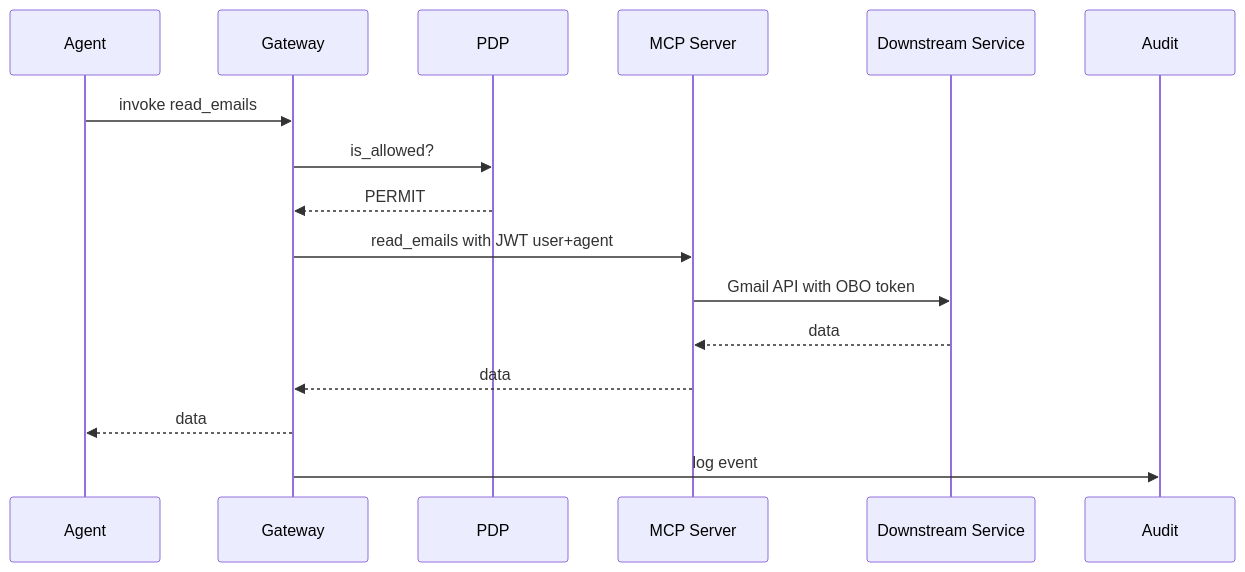
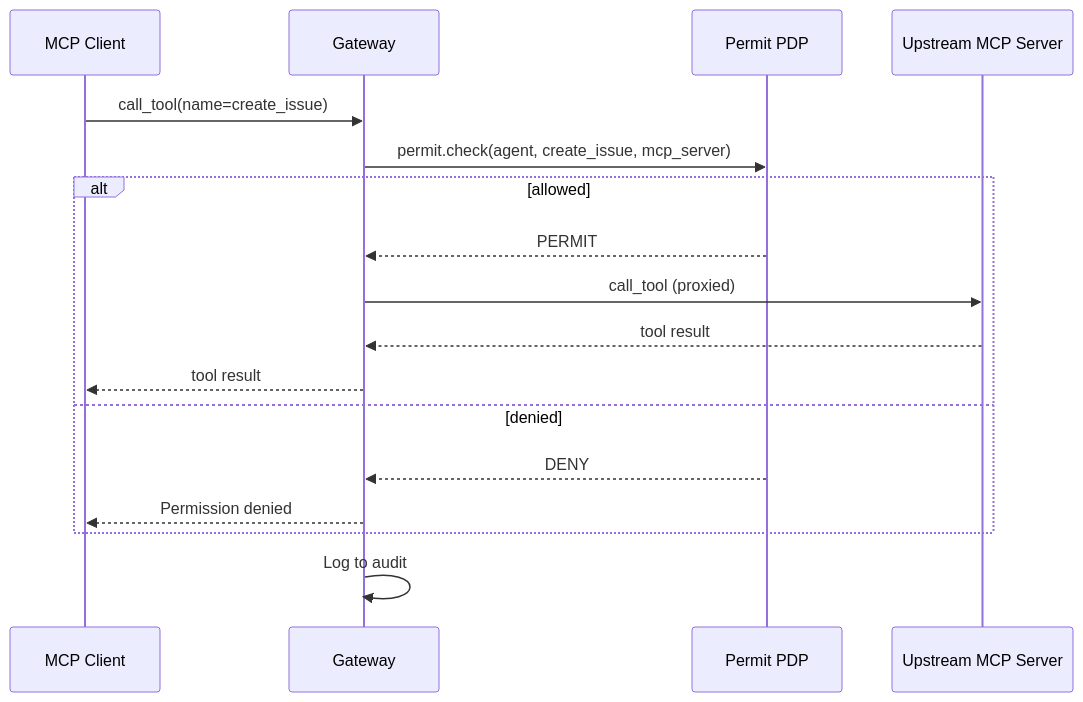
One commit to permitio/docs changed the fourth of 4 diagrams in docs/ai-security/mcp-permissions/architecture.mdx. Above: the diagram before and after it, drawn with Mermaid. The commit also changed other lines of this file and 5 other files, not shown here.

First line of the commit message:
Refactor MCP Permissions documentation to Agent Security terminology

````diff
--- a/docs/ai-security/mcp-permissions/architecture.mdx
+++ b/docs/ai-security/mcp-permissions/architecture.mdx
@@ -144,18 +146,20 @@
 ```mermaid
 sequenceDiagram
-    participant A as Agent
+    participant C as MCP Client
     participant G as Gateway
-    participant P as PDP
-    participant M as MCP Server
-    participant S as Downstream Service
+    participant P as Permit PDP
+    participant M as Upstream MCP Server
 
-    A->>G: invoke read_emails
-    G->>P: is_allowed?
-    P-->>G: PERMIT
-    G->>M: read_emails with JWT user+agent
-    M->>S: Gmail API with OBO token
-    S-->>M: data
-    M-->>G: data
-    G-->>A: data
-    G->>Audit: log event
+    C->>G: call_tool(name=create_issue)
+    G->>P: permit.check(agent, create_issue, mcp_server)
+    alt allowed
+        P-->>G: PERMIT
+        G->>M: call_tool (proxied)
+        M-->>G: tool result
+        G-->>C: tool result
+    else denied
+        P-->>G: DENY
+        G-->>C: Permission denied
+    end
+    G->>G: Log to audit
 ```
````
